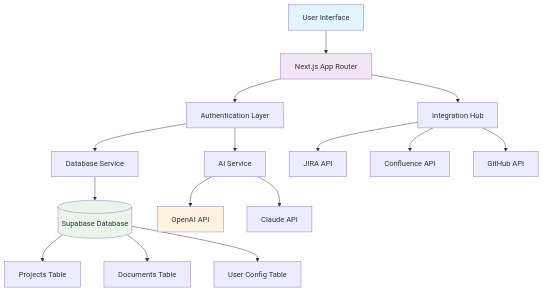
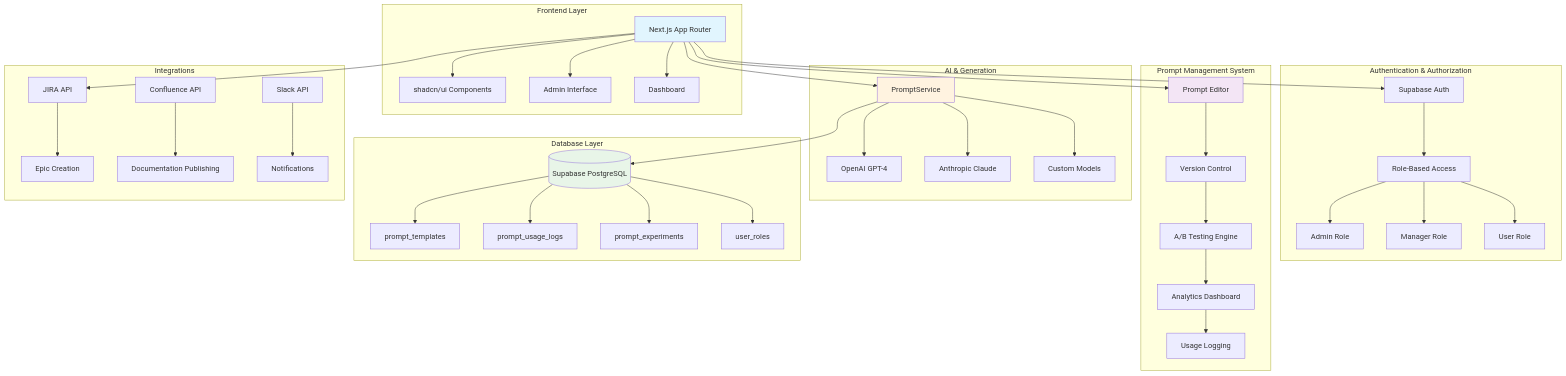
Before and after one commit to durdan/dd-sdlc-ai: the diagram in README.md, drawn with Mermaid. The commit also changed other lines of this file and 27 other files, not shown here.

First line of the commit message:
feat: Complete user-level prompt management with template library and validation

````diff
--- a/README.md
+++ b/README.md
@@ -82,25 +147,53 @@
 ```mermaid
 graph TB
-    A[User Interface] --> B[Next.js App Router]
-    B --> C[Authentication Layer]
-    C --> D[Database Service]
-    C --> E[AI Service]
+    subgraph "Frontend Layer"
+        A[Next.js App Router] --> B[shadcn/ui Components]
+        A --> C[Admin Interface]
+        A --> D[Dashboard]
+    end
     
-    D --> F[(Supabase Database)]
-    E --> G[OpenAI API]
-    E --> H[Claude API]
+    subgraph "Authentication & Authorization"
+        E[Supabase Auth] --> F[Role-Based Access]
+        F --> G[Admin Role]
+        F --> H[Manager Role]
+        F --> I[User Role]
+    end
     
-    B --> I[Integration Hub]
-    I --> J[JIRA API]
-    I --> K[Confluence API]
-    I --> L[GitHub API]
+    subgraph "Prompt Management System"
+        J[Prompt Editor] --> K[Version Control]
+        K --> L[A/B Testing Engine]
+        L --> M[Analytics Dashboard]
+        M --> N[Usage Logging]
+    end
     
-    F --> M[Projects Table]
-    F --> N[Documents Table]
-    F --> O[User Config Table]
+    subgraph "AI & Generation"
+        O[PromptService] --> P[OpenAI GPT-4]
+        O --> Q[Anthropic Claude]
+        O --> R[Custom Models]
+    end
+    
+    subgraph "Database Layer"
+        S[(Supabase PostgreSQL)]
+        S --> T[prompt_templates]
+        S --> U[prompt_usage_logs]
+        S --> V[prompt_experiments]
+        S --> W[user_roles]
+    end
+    
+    subgraph "Integrations"
+        X[JIRA API] --> Y[Epic Creation]
+        Z[Confluence API] --> AA[Documentation Publishing]
+        BB[Slack API] --> CC[Notifications]
+    end
+    
+    A --> E
+    A --> J
+    A --> O
+    O --> S
+    A --> X
     
     style A fill:#e1f5fe
-    style B fill:#f3e5f5
-    style F fill:#e8f5e8
-    style G fill:#fff3e0
+    style S fill:#e8f5e8
+    style O fill:#fff3e0
+    style J fill:#f3e5f5
 ```
````
